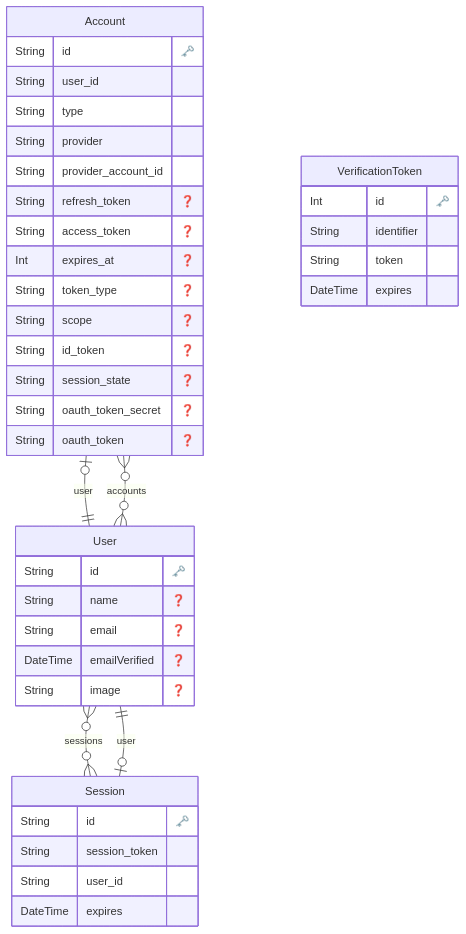
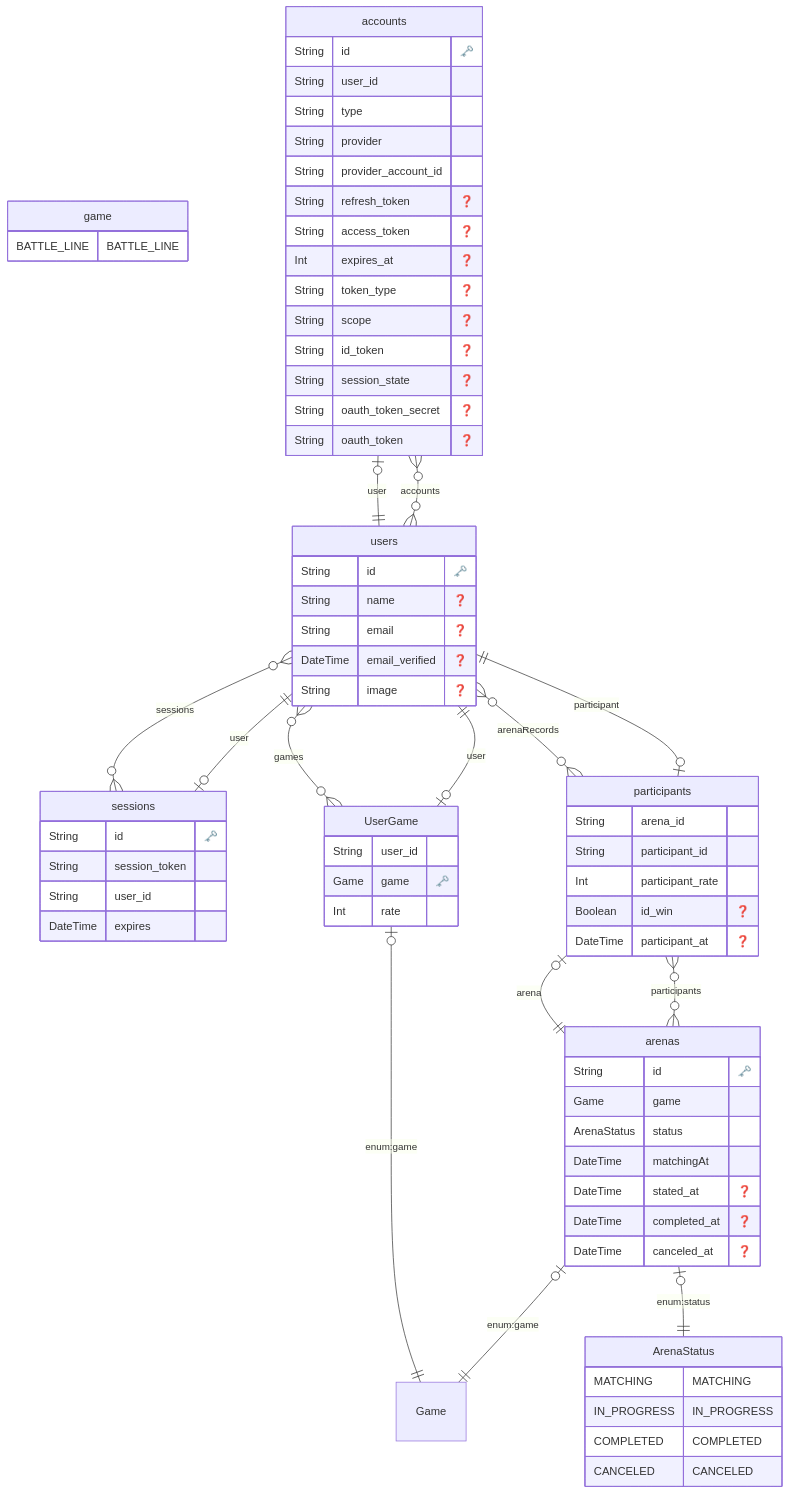
The diagram in prisma/schema.md (hotter6163/rate-world), drawn with Mermaid before and after one commit. The commit also changed 1 other file, not shown here.

Commit message:
:label: update prisma/schema.prisma

````diff
--- a/prisma/schema.md
+++ b/prisma/schema.md
@@ -1,7 +1,20 @@
 ```mermaid
 erDiagram
 
-  "Account" {
+        game {
+            BATTLE_LINE BATTLE_LINE
+        }
+    
+
+
+        ArenaStatus {
+            MATCHING MATCHING
+IN_PROGRESS IN_PROGRESS
+COMPLETED COMPLETED
+CANCELED CANCELED
+        }
+    
+  "accounts" {
     String id "🗝️"
     String user_id 
     String type 
@@ -19,7 +32,7 @@
     }
   
 
-  "Session" {
+  "sessions" {
     String id "🗝️"
     String session_token 
     String user_id 
@@ -27,24 +40,52 @@
     }
   
 
-  "User" {
+  "users" {
     String id "🗝️"
     String name "❓"
     String email "❓"
-    DateTime emailVerified "❓"
+    DateTime email_verified "❓"
     String image "❓"
     }
   
 
-  "VerificationToken" {
-    Int id "🗝️"
-    String identifier 
-    String token 
-    DateTime expires 
+  "UserGame" {
+    String user_id 
+    Game game "🗝️"
+    Int rate 
     }
   
-    "Account" o|--|| "User" : "user"
-    "Session" o|--|| "User" : "user"
-    "User" o{--}o "Account" : "accounts"
-    "User" o{--}o "Session" : "sessions"
+
+  "arenas" {
+    String id "🗝️"
+    Game game 
+    ArenaStatus status 
+    DateTime matchingAt 
+    DateTime stated_at "❓"
+    DateTime completed_at "❓"
+    DateTime canceled_at "❓"
+    }
+  
+
+  "participants" {
+    String arena_id 
+    String participant_id 
+    Int participant_rate 
+    Boolean id_win "❓"
+    DateTime participant_at "❓"
+    }
+  
+    "accounts" o|--|| "users" : "user"
+    "sessions" o|--|| "users" : "user"
+    "users" o{--}o "accounts" : "accounts"
+    "users" o{--}o "sessions" : "sessions"
+    "users" o{--}o "participants" : "arenaRecords"
+    "users" o{--}o "UserGame" : "games"
+    "UserGame" o|--|| "Game" : "enum:game"
+    "UserGame" o|--|| "users" : "user"
+    "arenas" o|--|| "Game" : "enum:game"
+    "arenas" o|--|| "ArenaStatus" : "enum:status"
+    "arenas" o{--}o "participants" : "participants"
+    "participants" o|--|| "arenas" : "arena"
+    "participants" o|--|| "users" : "participant"
 ```
````
